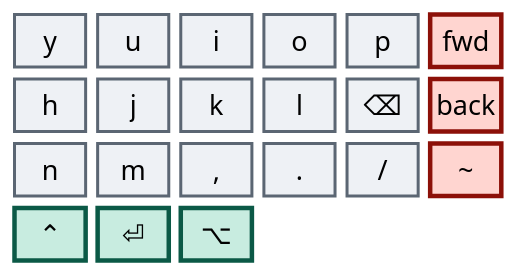
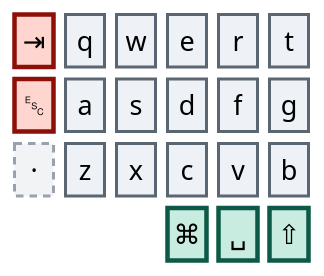
One commit to abloch/zmk-corne changed the fourth of 9 diagrams in 32-keys.he.md. Above: the diagram before and after it, drawn with Mermaid. The commit also changed other lines of this file and 4 other files, not shown here.

````diff
--- a/32-keys.he.md
+++ b/32-keys.he.md
@@ -86,18 +94,20 @@
 ```mermaid
 %%{init: {'theme':'base','themeVariables':{'primaryColor':'#eef1f5','primaryTextColor':'#0b0f14','primaryBorderColor':'#5b6673','nodeTextColor':'#0b0f14','textColor':'#0b0f14','mainBkg':'#eef1f5','fontSize':'18px'}}}%%
 block
 columns 6
 
-  y u i o p fwd["fwd"]
-  h j k l bspc["⌫"] back["back"]
-  n m comma[","] dot["."] slash["/"] tilde["~"]
-  ctrl["⌃"] entr["⏎"] alt["⌥"] space:3
+  tab["⇥"] q w e r t
+  esc["␛"] a s d f g
+  x3["·"] z x c v b
+  space:3 cmd["⌘"] spc["␣"] shft["⇧"]
 
   classDef doomed fill:#ffd5d0,stroke:#8c1008,stroke-width:3px,color:#3d0603
+  classDef dead fill:#f2f3f5,stroke:#98a2ae,stroke-width:2px,stroke-dasharray:5 4,color:#5b6673
   classDef core fill:#eef1f5,stroke:#5b6673,stroke-width:2px,color:#0b0f14
   classDef thumb fill:#c8ece0,stroke:#0b5946,stroke-width:3px,color:#06241c
 
-  class fwd,back,tilde doomed
-  class y,u,i,o,p,h,j,k,l,bspc,n,m,comma,dot,slash core
-  class ctrl,entr,alt thumb
+  class tab,esc doomed
+  class x3 dead
+  class q,w,e,r,t,a,s,d,f,g,z,x,c,v,b core
+  class cmd,spc,shft thumb
 ```
````
